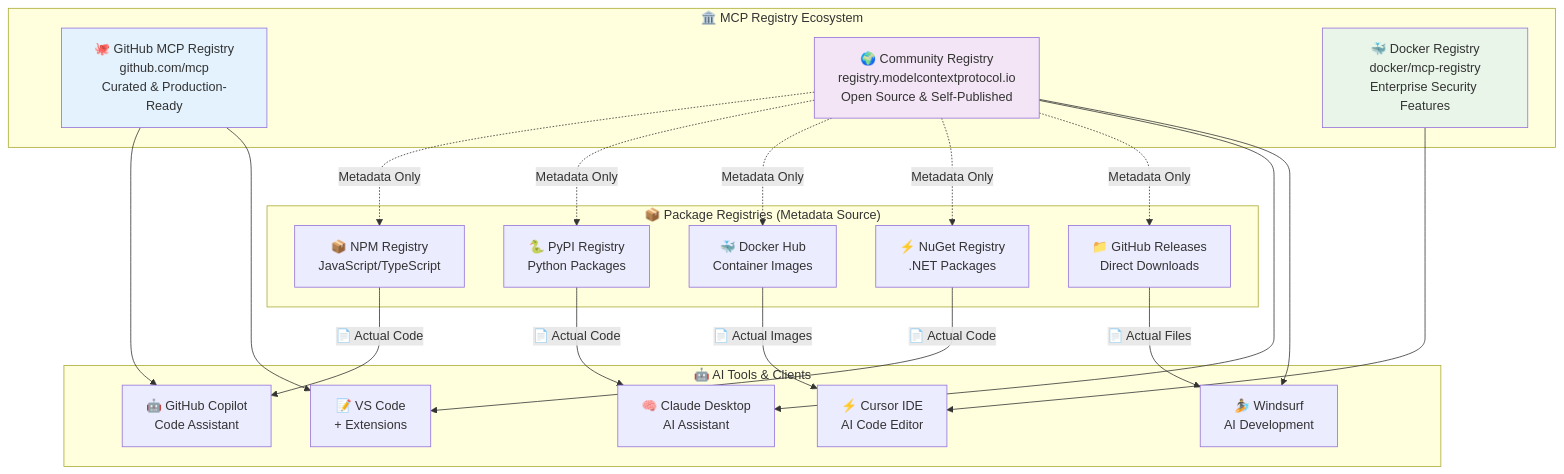
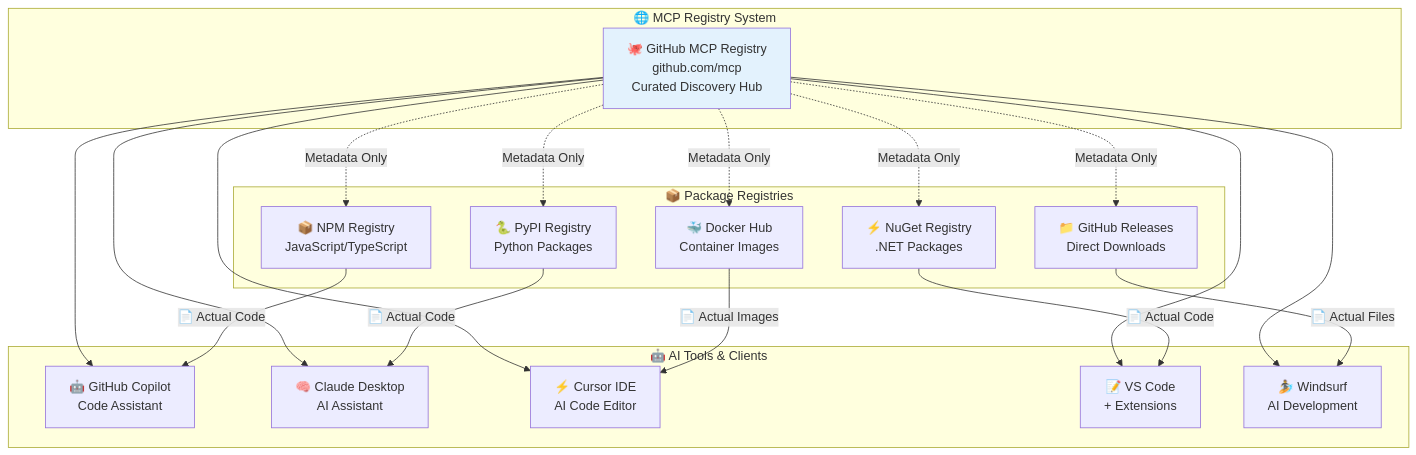
The first of 12 diagrams in explore-github-mcp-registry/readme.MD (balupeddireddy08/Model_Context_Protocol_for_AI), drawn with Mermaid before and after one commit. The commit also changed other lines of this file, not shown here.

Commit message:
Add MCP Regisrty Documentation file

````diff
--- a/explore-github-mcp-registry/readme.MD
+++ b/explore-github-mcp-registry/readme.MD
@@ -57,49 +57,45 @@
 ```mermaid
 graph TB
-    subgraph "🏛️ MCP Registry Ecosystem"
-        GR[🐙 GitHub MCP Registry<br/>github.com/mcp<br/>Curated & Production-Ready]
-        CR[🌍 Community Registry<br/>registry.modelcontextprotocol.io<br/>Open Source & Self-Published]
-        DR[🐳 Docker Registry<br/>docker/mcp-registry<br/>Enterprise Security Features]
+    subgraph "🌐 MCP Registry System"
+        GR[🐙 GitHub MCP Registry<br/>github.com/mcp<br/>Curated Discovery Hub]
     end
     
-    subgraph "📦 Package Registries (Metadata Source)"
+    subgraph "📦 Package Registries"
         NPM[📦 NPM Registry<br/>JavaScript/TypeScript]
         PYPI[🐍 PyPI Registry<br/>Python Packages]
         DOCKER[🐳 Docker Hub<br/>Container Images]
         NUGET[⚡ NuGet Registry<br/>.NET Packages]
         GITHUB[📁 GitHub Releases<br/>Direct Downloads]
     end
     
     subgraph "🤖 AI Tools & Clients"
         COPILOT[🤖 GitHub Copilot<br/>Code Assistant]
         CLAUDE[🧠 Claude Desktop<br/>AI Assistant]
         CURSOR[⚡ Cursor IDE<br/>AI Code Editor]
         VSCODE[📝 VS Code<br/>+ Extensions]
         WINDSURF[🏄 Windsurf<br/>AI Development]
     end
     
     %% Registry connections (metadata only)
-    CR -.->|Metadata Only| NPM
-    CR -.->|Metadata Only| PYPI
-    CR -.->|Metadata Only| DOCKER
-    CR -.->|Metadata Only| NUGET
-    CR -.->|Metadata Only| GITHUB
+    GR -.->|Metadata Only| NPM
+    GR -.->|Metadata Only| PYPI
+    GR -.->|Metadata Only| DOCKER
+    GR -.->|Metadata Only| NUGET
+    GR -.->|Metadata Only| GITHUB
     
     %% Client connections
     GR --> COPILOT
-    CR --> CLAUDE
-    DR --> CURSOR
+    GR --> CLAUDE
+    GR --> CURSOR
     GR --> VSCODE
-    CR --> WINDSURF
+    GR --> WINDSURF
     
     %% Actual code delivery
     NPM -->|📄 Actual Code| COPILOT
     PYPI -->|📄 Actual Code| CLAUDE
     DOCKER -->|📄 Actual Images| CURSOR
     NUGET -->|📄 Actual Code| VSCODE
     GITHUB -->|📄 Actual Files| WINDSURF
     
     style GR fill:#e3f2fd
-    style CR fill:#f3e5f5
-    style DR fill:#e8f5e8
 ```
````
